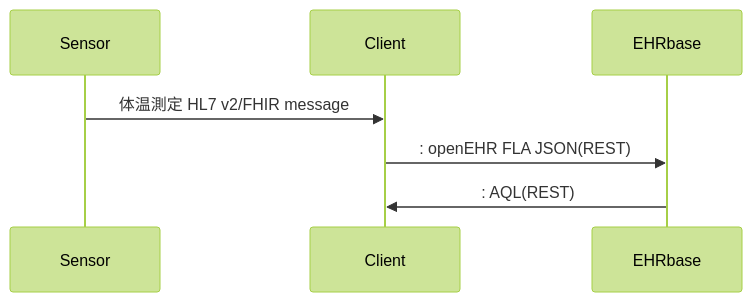
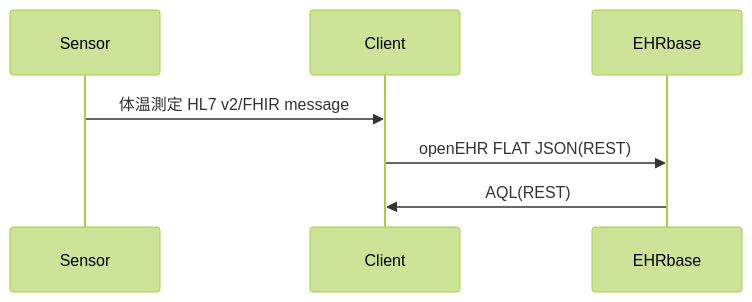
Before and after one commit to skoba/openehr-lesson-jp: the diagram in doc/lesson1.md, drawn with Mermaid (forest theme). The commit also changed 3 other files, not shown here.

Commit message:
added artefact and fixed sequence diagram

````diff
--- a/doc/lesson1.md
+++ b/doc/lesson1.md
@@ -11,9 +11,9 @@
 ```mermaid
 sequenceDiagram
   participant Sensor
   participant Client
   participant EHRbase
   Sensor->>Client: 体温測定 HL7 v2/FHIR message
-  Client->>EHRbase:: openEHR FLA JSON(REST)
-  EHRbase->>Client:: AQL(REST)
+  Client->>EHRbase: openEHR FLAT JSON(REST)
+  EHRbase->>Client: AQL(REST)
 ```
````
